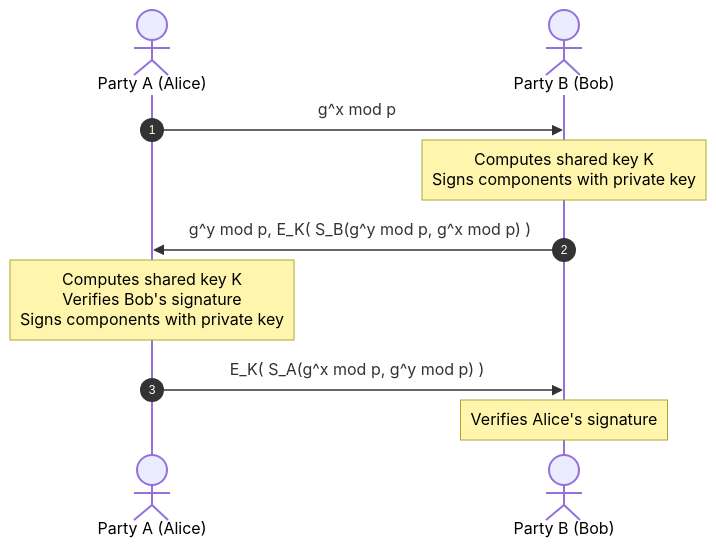
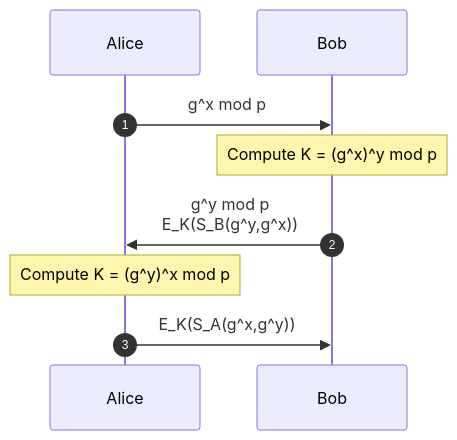
Before and after one commit to namaewafaisal/Obsidian_Vault: the diagram in 03-Academics/Network_Security/Authenticated Key Agreement.md, drawn with Mermaid. The commit also changed other lines of this file and 4 other files, not shown here.

````diff
--- a/03-Academics/Network_Security/Authenticated Key Agreement.md
+++ b/03-Academics/Network_Security/Authenticated Key Agreement.md
@@ -19,14 +168,17 @@
-```mermaid
+```mermaid id="frn39n"
 sequenceDiagram
     autonumber
-    actor A as Party A (Alice)
-    actor B as Party B (Bob)
-    
+
+    participant A as Alice
+    participant B as Bob
+
     A->>B: g^x mod p
-    Note over B: Computes shared key K<br>Signs components with private key
-    B->>A: g^y mod p, E_K( S_B(g^y mod p, g^x mod p) )
-    Note over A: Computes shared key K<br>Verifies Bob's signature<br>Signs components with private key
-    A->>B: E_K( S_A(g^x mod p, g^y mod p) )
-    Note over B: Verifies Alice's signature
 
+    Note over B: Compute K = (g^x)^y mod p
+
+    B->>A: g^y mod p<br>E_K(S_B(g^y,g^x))
+
+    Note over A: Compute K = (g^y)^x mod p
+
+    A->>B: E_K(S_A(g^x,g^y))
 ```
````
